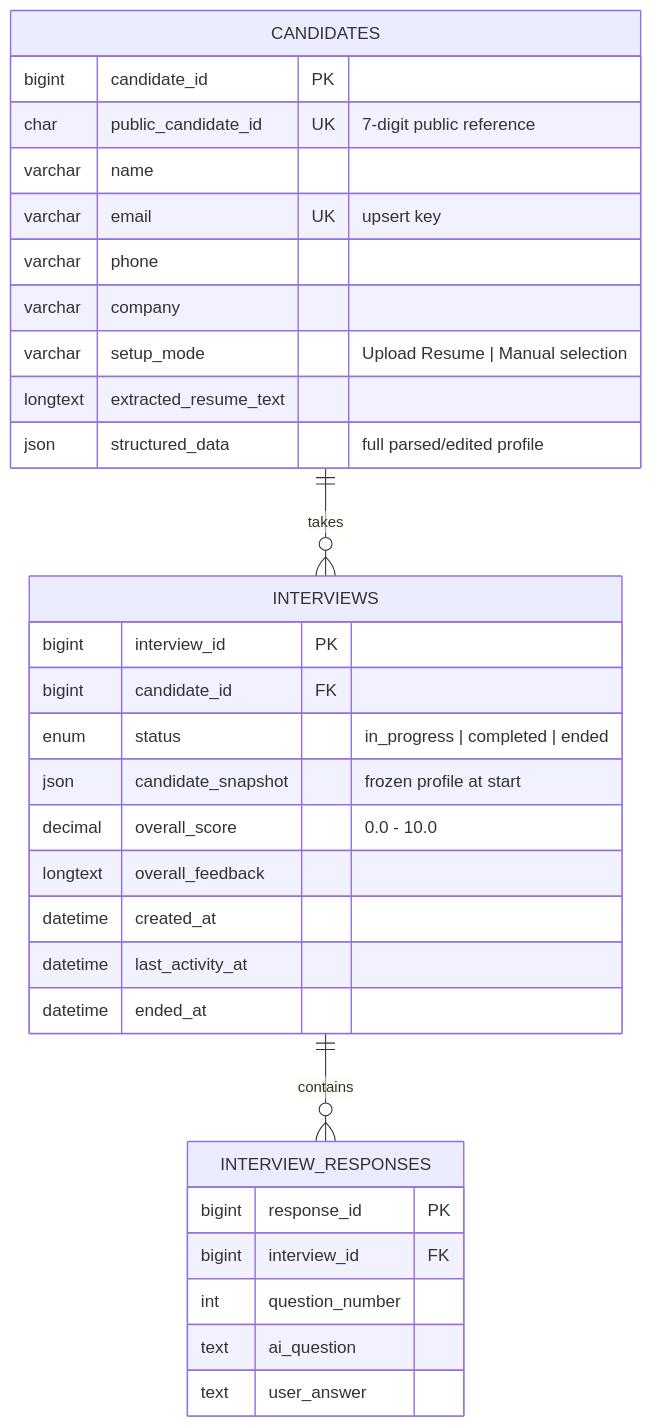
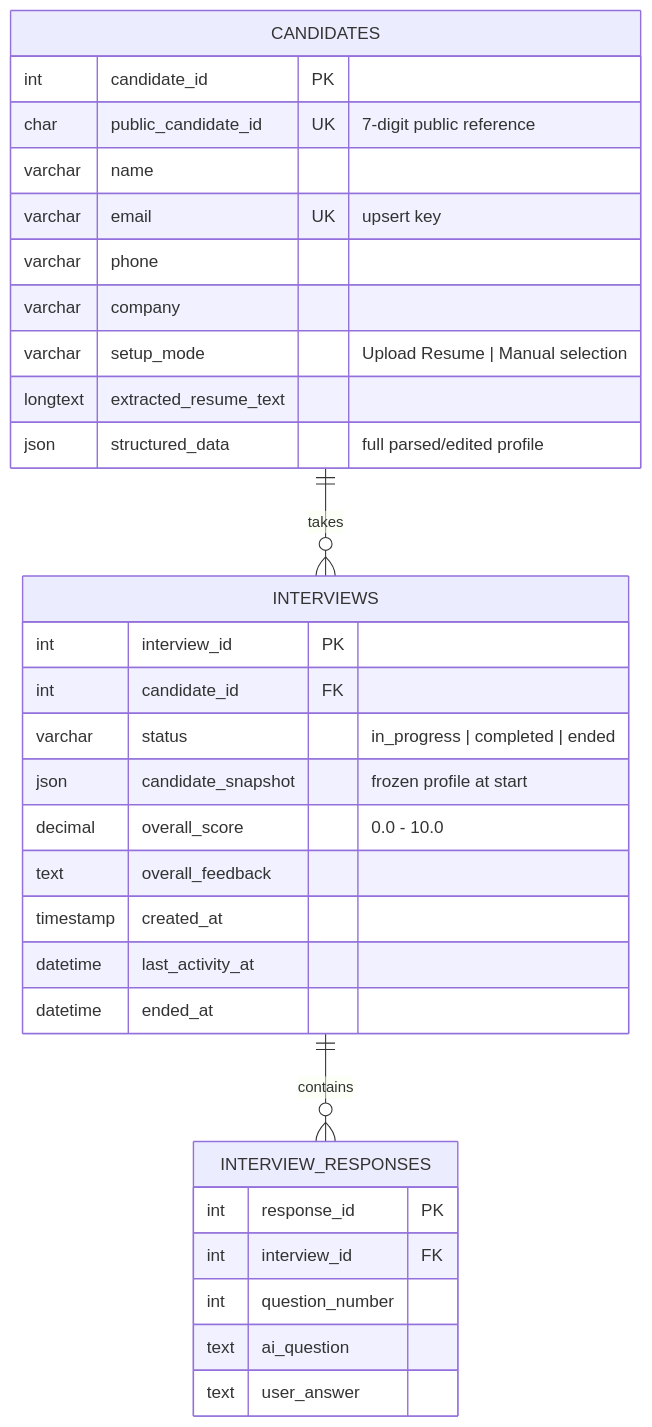
One commit to naveenvasu55/Interview-Gen-AI-BOT changed the fourth of 5 diagrams in README.md. Above: the diagram before and after it, drawn with Mermaid. The commit also changed other lines of this file, not shown here.

````diff
--- a/README.md
+++ b/README.md
@@ -232,37 +234,37 @@
 ```mermaid
 erDiagram
     CANDIDATES ||--o{ INTERVIEWS : "takes"
     INTERVIEWS ||--o{ INTERVIEW_RESPONSES : "contains"
 
     CANDIDATES {
-        bigint candidate_id PK
+        int candidate_id PK
         char public_candidate_id UK "7-digit public reference"
         varchar name
         varchar email UK "upsert key"
         varchar phone
         varchar company
         varchar setup_mode "Upload Resume | Manual selection"
         longtext extracted_resume_text
         json structured_data "full parsed/edited profile"
     }
 
     INTERVIEWS {
-        bigint interview_id PK
-        bigint candidate_id FK
-        enum status "in_progress | completed | ended"
+        int interview_id PK
+        int candidate_id FK
+        varchar status "in_progress | completed | ended"
         json candidate_snapshot "frozen profile at start"
         decimal overall_score "0.0 - 10.0"
-        longtext overall_feedback
-        datetime created_at
+        text overall_feedback
+        timestamp created_at
         datetime last_activity_at
         datetime ended_at
     }
 
     INTERVIEW_RESPONSES {
-        bigint response_id PK
-        bigint interview_id FK
+        int response_id PK
+        int interview_id FK
         int question_number
         text ai_question
         text user_answer
     }
 ```
````
